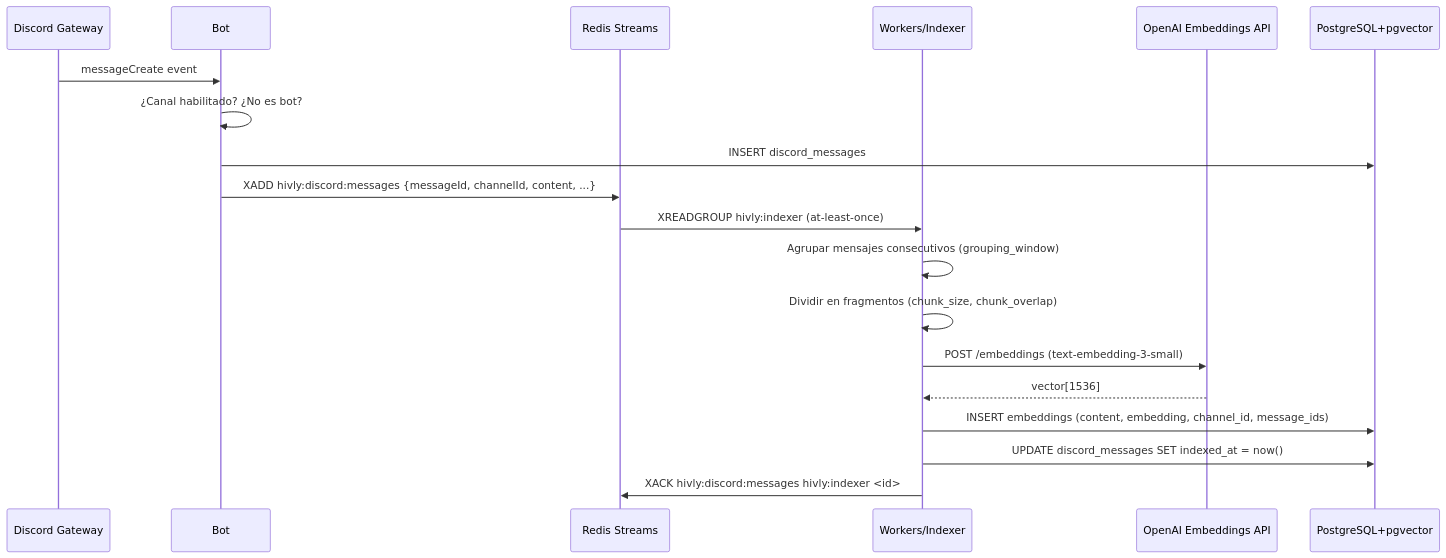
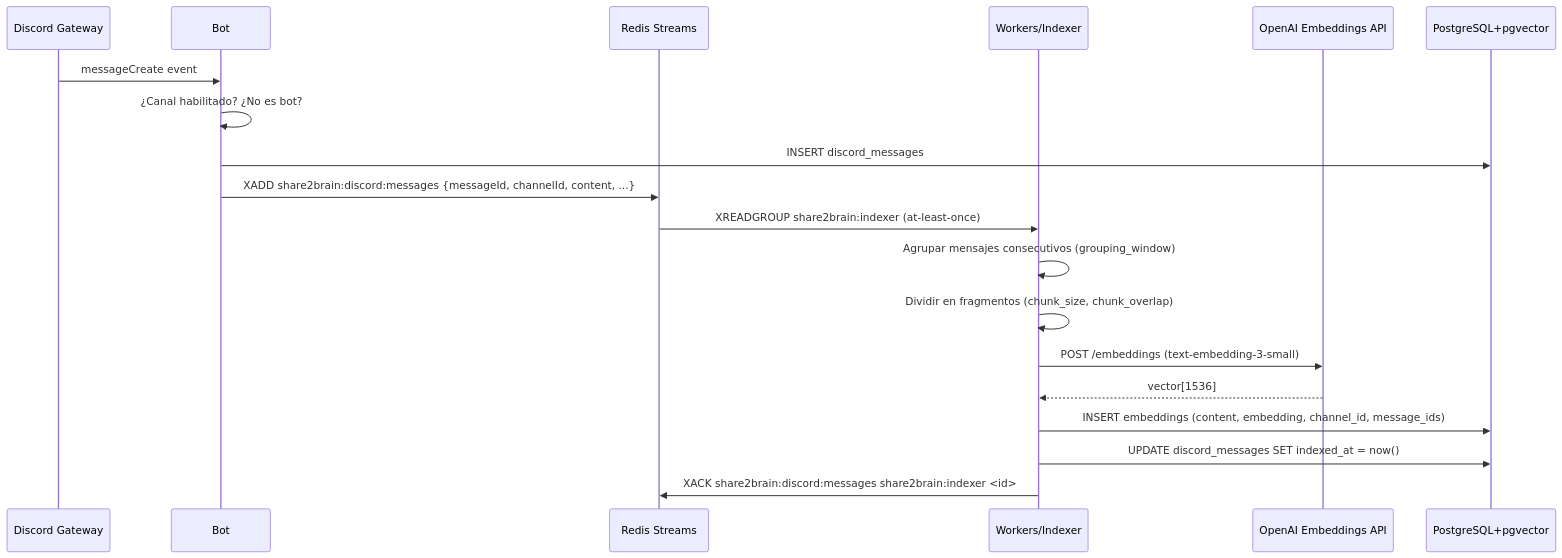
One commit to borjaberrocal87/hivly changed the third of 7 diagrams in _bmad-output/planning-artifacts/architecture/architecture-hivly-2026-06-30/TECHNICAL-DESIGN.md. Above: the diagram before and after it, drawn with Mermaid. The commit also changed other lines of this file and 72 other files, not shown here.

First line of the commit message:
chore(bmad): sweep hivly -> share2brain across artifacts

````diff
--- a/_bmad-output/planning-artifacts/architecture/architecture-hivly-2026-06-30/TECHNICAL-DESIGN.md
+++ b/_bmad-output/planning-artifacts/architecture/architecture-hivly-2026-06-30/TECHNICAL-DESIGN.md
@@ -486,23 +486,23 @@
 ```mermaid
 sequenceDiagram
     participant D as Discord Gateway
     participant Bot
     participant RS as Redis Streams
     participant Idx as Workers/Indexer
     participant OAI as OpenAI Embeddings API
     participant PG as PostgreSQL+pgvector
 
     D->>Bot: messageCreate event
     Bot->>Bot: ¿Canal habilitado? ¿No es bot?
     Bot->>PG: INSERT discord_messages
-    Bot->>RS: XADD hivly:discord:messages {messageId, channelId, content, ...}
+    Bot->>RS: XADD share2brain:discord:messages {messageId, channelId, content, ...}
 
-    RS->>Idx: XREADGROUP hivly:indexer (at-least-once)
+    RS->>Idx: XREADGROUP share2brain:indexer (at-least-once)
     Idx->>Idx: Agrupar mensajes consecutivos (grouping_window)
     Idx->>Idx: Dividir en fragmentos (chunk_size, chunk_overlap)
     Idx->>OAI: POST /embeddings (text-embedding-3-small)
     OAI-->>Idx: vector[1536]
     Idx->>PG: INSERT embeddings (content, embedding, channel_id, message_ids)
     Idx->>PG: UPDATE discord_messages SET indexed_at = now()
-    Idx->>RS: XACK hivly:discord:messages hivly:indexer <id>
+    Idx->>RS: XACK share2brain:discord:messages share2brain:indexer <id>
 ```
````
